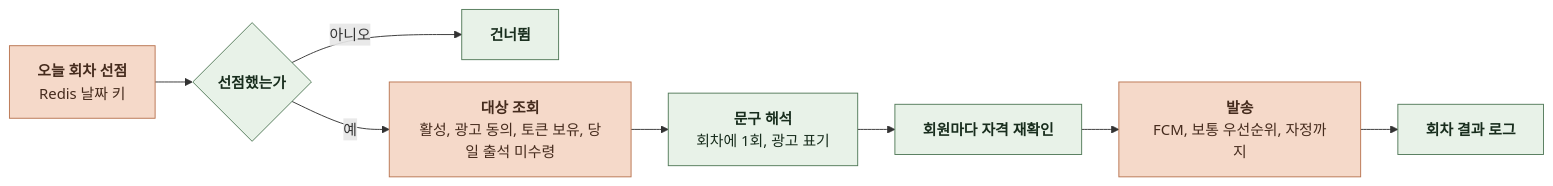
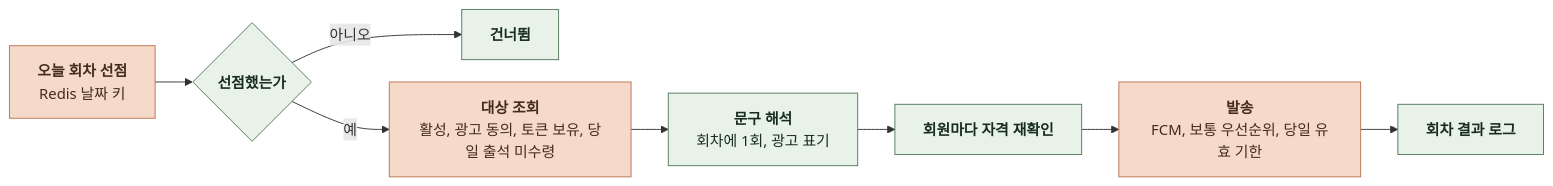
One commit to KIM-N-KANG/knk-harness changed the seventh of 13 diagrams in docs/domain/NOTIFICATION/BACKEND/4-1-PIPELINES.md. Above: the diagram before and after it, drawn with Mermaid. The commit also changed other lines of this file and 14 other files, not shown here.

````diff
--- a/docs/domain/NOTIFICATION/BACKEND/4-1-PIPELINES.md
+++ b/docs/domain/NOTIFICATION/BACKEND/4-1-PIPELINES.md
@@ -188,19 +192,19 @@
 ```mermaid
 %%{init: {"flowchart": {"curve": "basis", "nodeSpacing": 24, "rankSpacing": 40}}}%%
 flowchart LR
     A["`**오늘 회차 선점**
 Redis 날짜 키`"] --> B{"`**선점했는가**`"}
     B -->|아니오| X["`**건너뜀**`"]
     B -->|예| C["`**대상 조회**
 활성, 광고 동의, 토큰 보유, 당일 출석 미수령`"]
     C --> D["`**문구 해석**
 회차에 1회, 광고 표기`"]
     D --> E["`**회원마다 자격 재확인**`"]
     E --> F["`**발송**
-FCM, 보통 우선순위, 자정까지`"]
+FCM, 보통 우선순위, 당일 유효 기한`"]
     F --> G["`**회차 결과 로그**`"]
     classDef comp fill:#E8F2E8,stroke:#527A59,color:#182D1D
     classDef task fill:#F5D9C9,stroke:#B97450,color:#452B1D
     class B,D,E,G,X comp
     class A,C,F task
 ```
````
